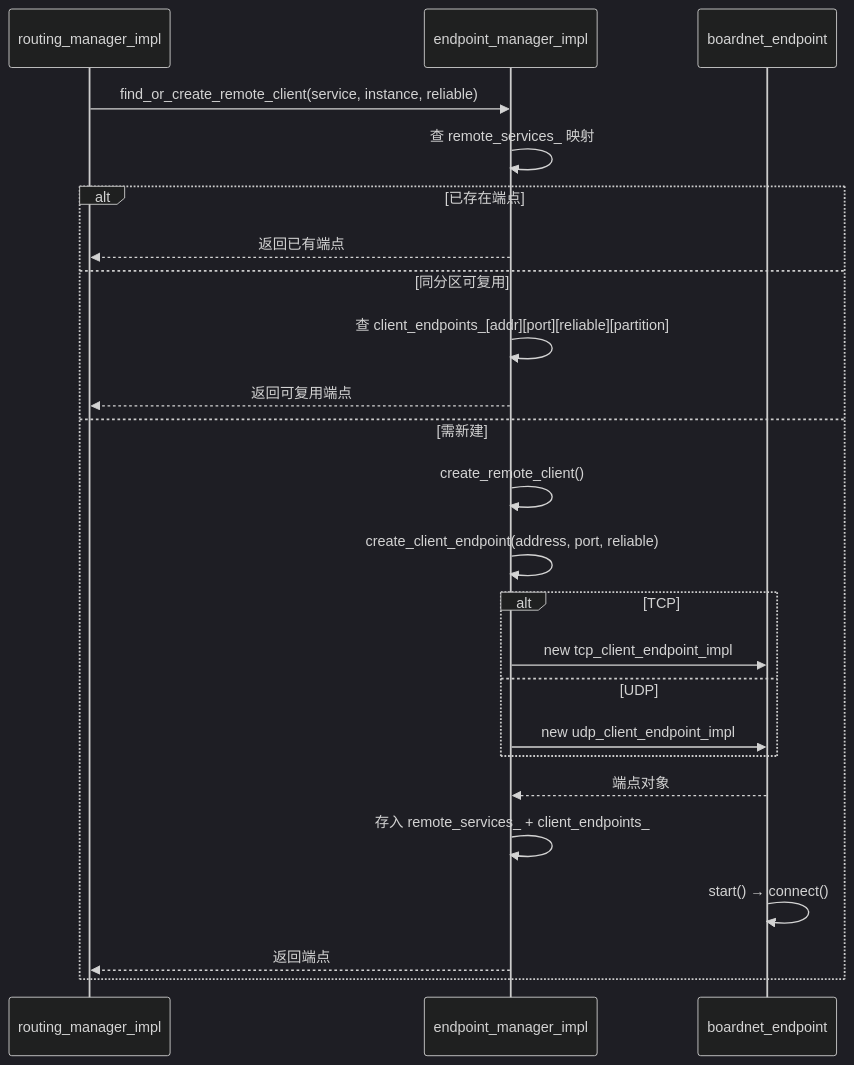
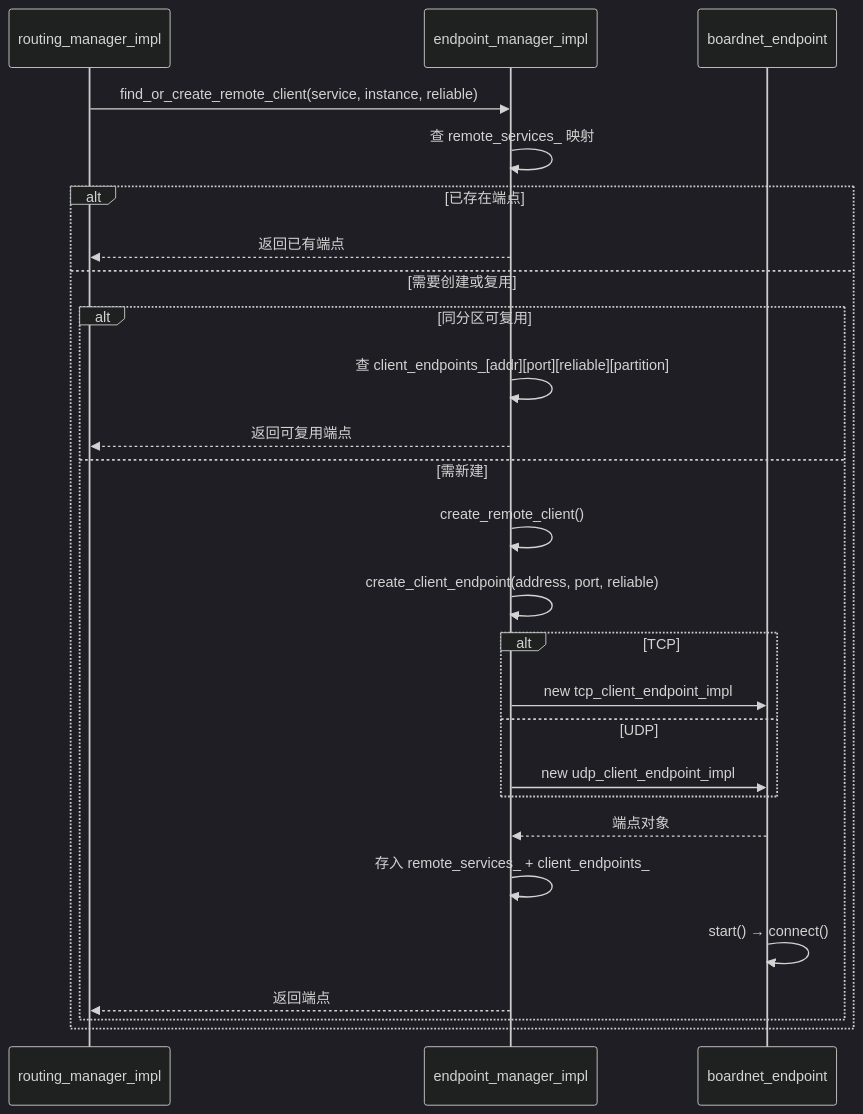
One commit to zhuhairong/vsomeip changed the fourth of 21 diagrams in zhr/readme_ep.md. Above: the diagram before and after it, drawn with Mermaid (dark theme). The commit also changed other lines of this file, not shown here.

````diff
--- a/zhr/readme_ep.md
+++ b/zhr/readme_ep.md
@@ -220,27 +220,29 @@
 ```mermaid
 sequenceDiagram
     participant RM as routing_manager_impl
     participant EMI as endpoint_manager_impl
     participant EP as boardnet_endpoint
 
     RM->>EMI: find_or_create_remote_client(service, instance, reliable)
     EMI->>EMI: 查 remote_services_ 映射
     alt 已存在端点
         EMI-->>RM: 返回已有端点
-    else 同分区可复用
-        EMI->>EMI: 查 client_endpoints_[addr][port][reliable][partition]
-        EMI-->>RM: 返回可复用端点
-    else 需新建
-        EMI->>EMI: create_remote_client()
-        EMI->>EMI: create_client_endpoint(address, port, reliable)
-        alt TCP
-            EMI->>EP: new tcp_client_endpoint_impl
-        else UDP
-            EMI->>EP: new udp_client_endpoint_impl
+    else 需要创建或复用
+        alt 同分区可复用
+            EMI->>EMI: 查 client_endpoints_[addr][port][reliable][partition]
+            EMI-->>RM: 返回可复用端点
+        else 需新建
+            EMI->>EMI: create_remote_client()
+            EMI->>EMI: create_client_endpoint(address, port, reliable)
+            alt TCP
+                EMI->>EP: new tcp_client_endpoint_impl
+            else UDP
+                EMI->>EP: new udp_client_endpoint_impl
+            end
+            EP-->>EMI: 端点对象
+            EMI->>EMI: 存入 remote_services_ + client_endpoints_
+            EP->>EP: start() → connect()
+            EMI-->>RM: 返回端点
         end
-        EP-->>EMI: 端点对象
-        EMI->>EMI: 存入 remote_services_ + client_endpoints_
-        EP->>EP: start() → connect()
-        EMI-->>RM: 返回端点
     end
 ```
````
